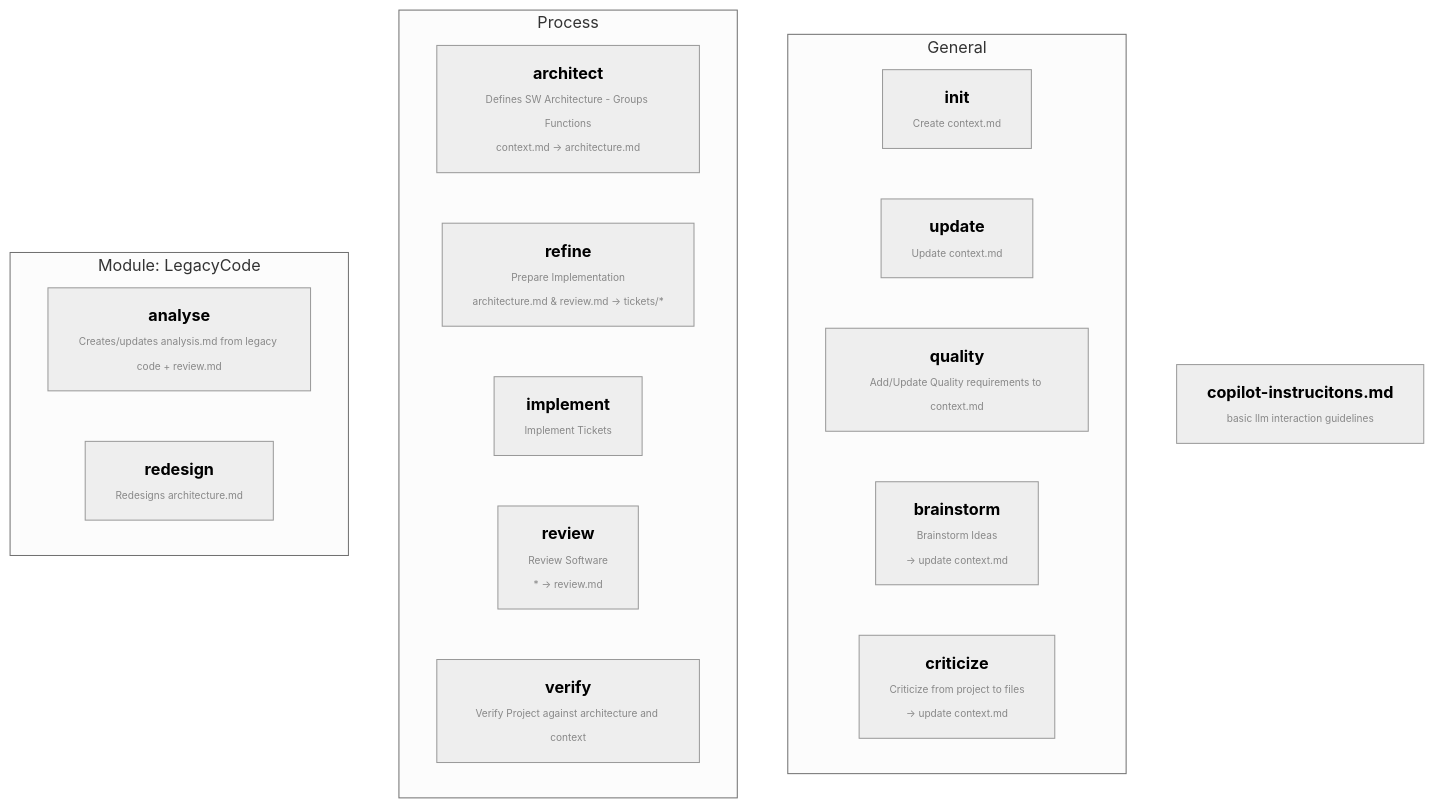
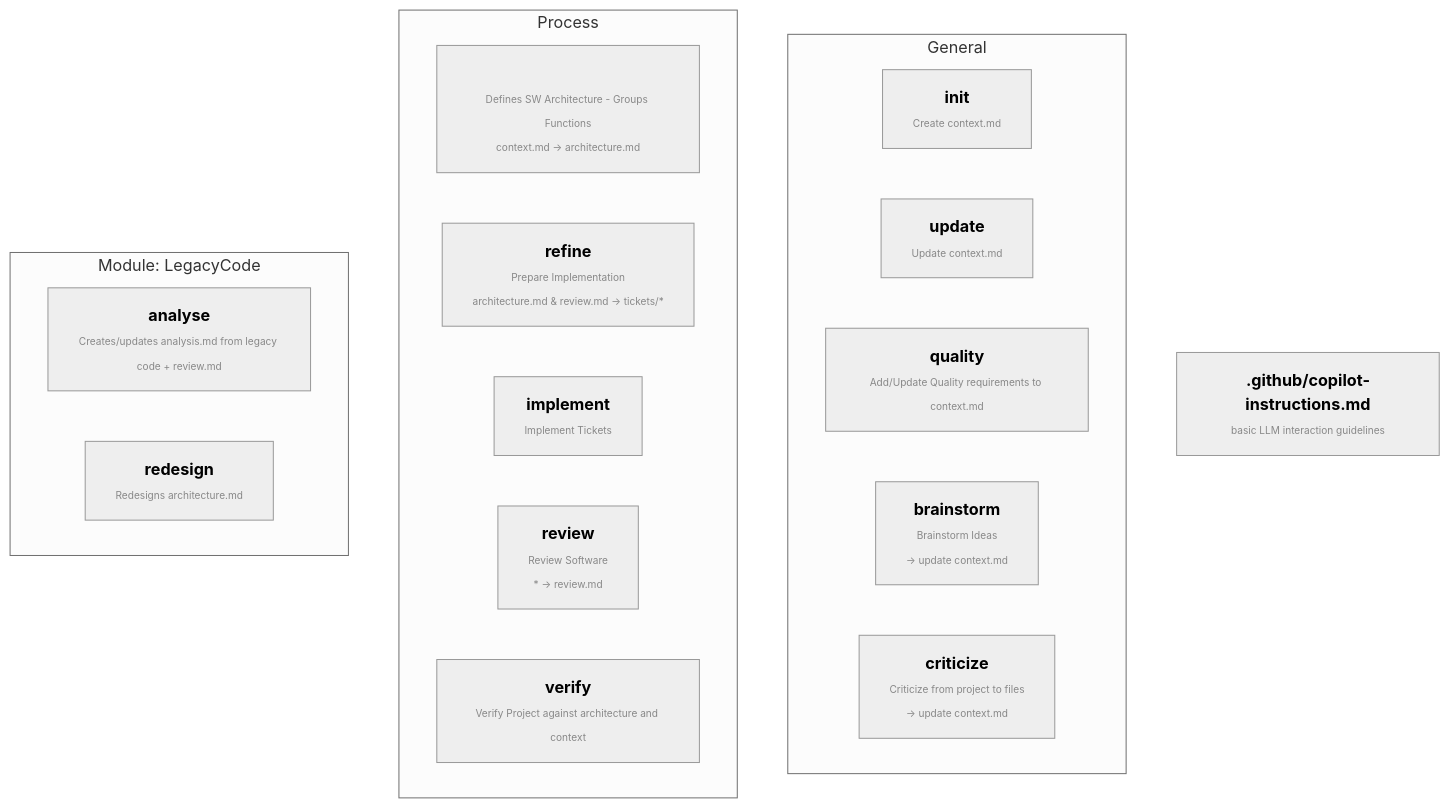
One commit to MaximilianMayr94/skills changed the first of 3 diagrams in README.md. Above: the diagram before and after it, drawn with Mermaid (neutral theme). The commit also changed other lines of this file and 20 other files, not shown here.

````diff
--- a/README.md
+++ b/README.md
@@ -15,27 +15,27 @@
 ```mermaid
 flowchart TB
   
     %% First line emphasized: bold. Descriptions smaller and grey.
-    CF["<b>copilot-instrucitons.md</b><br/><span style='font-size:10px;color:#888'>basic llm interaction guidelines</span>"]
+    CF["<b>.github/copilot-instructions.md</b><br/><span style='font-size:10px;color:#888'>basic LLM interaction guidelines</span>"]
     
     subgraph General[General]
       G1["<b>init</b><br/><span style='font-size:10px;color:#888'>Create context.md</span>"]
       G2["<b>update</b><br/><span style='font-size:10px;color:#888'>Update context.md</span>"]
       G3["<b>quality</b><br/><span style='font-size:10px;color:#888'>Add/Update Quality requirements to context.md</span>"]
       G4["<b>brainstorm</b><br/><span style='font-size:10px;color:#888'>Brainstorm Ideas<br/>-> update context.md</span>"]
       G5["<b>criticize</b><br/><span style='font-size:10px;color:#888'>Criticize from project to files <br/>-> update context.md</span>"]
     end
 
     subgraph Process[Process]
-      P1["<b>architect</b><br/><span style='font-size:10px;color:#888'>Defines SW Architecture - Groups Functions<br/>context.md -> architecture.md</span>"]
+      P1["<b> </b><br/><span style='font-size:10px;color:#888'>Defines SW Architecture - Groups Functions<br/>context.md -> architecture.md</span>"]
       P2["<b>refine</b><br/><span style='font-size:10px;color:#888'>Prepare Implementation<br/>architecture.md & review.md -> tickets/*</span>"]
       P3["<b>implement</b><br/><span style='font-size:10px;color:#888'>Implement Tickets</span>"]
       P4["<b>review</b><br/><span style='font-size:10px;color:#888'>Review Software<br/>* -> review.md</span>"]
       P5["<b>verify</b><br/><span style='font-size:10px;color:#888'>Verify Project against architecture and context</span>"]
     end
 
     subgraph LegacyCode[Module: LegacyCode]
       L1["<b>analyse</b><br/><span style='font-size:10px;color:#888'>Creates/updates analysis.md from legacy code + review.md</span>"]
       L2["<b>redesign</b><br/><span style='font-size:10px;color:#888'>Redesigns architecture.md</span>"]
     end
 ```
````
